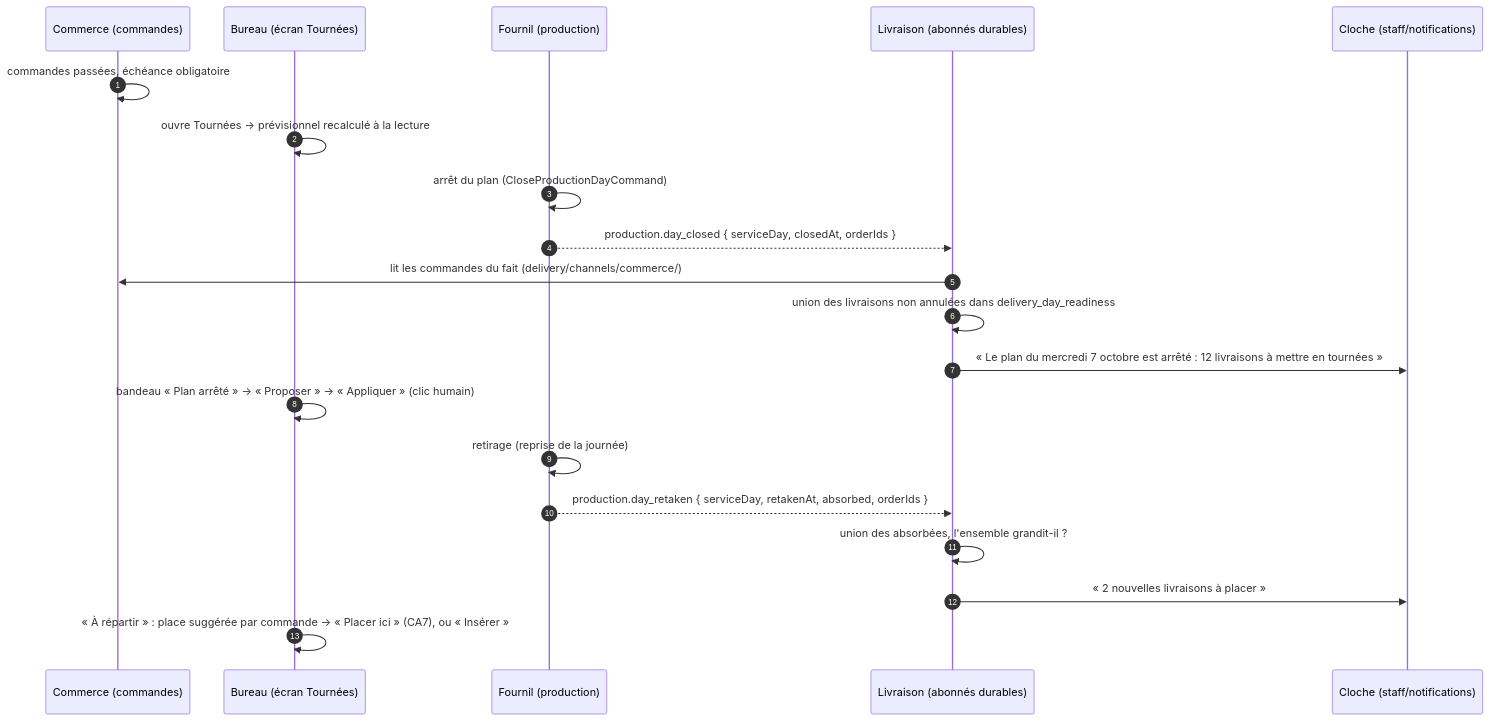
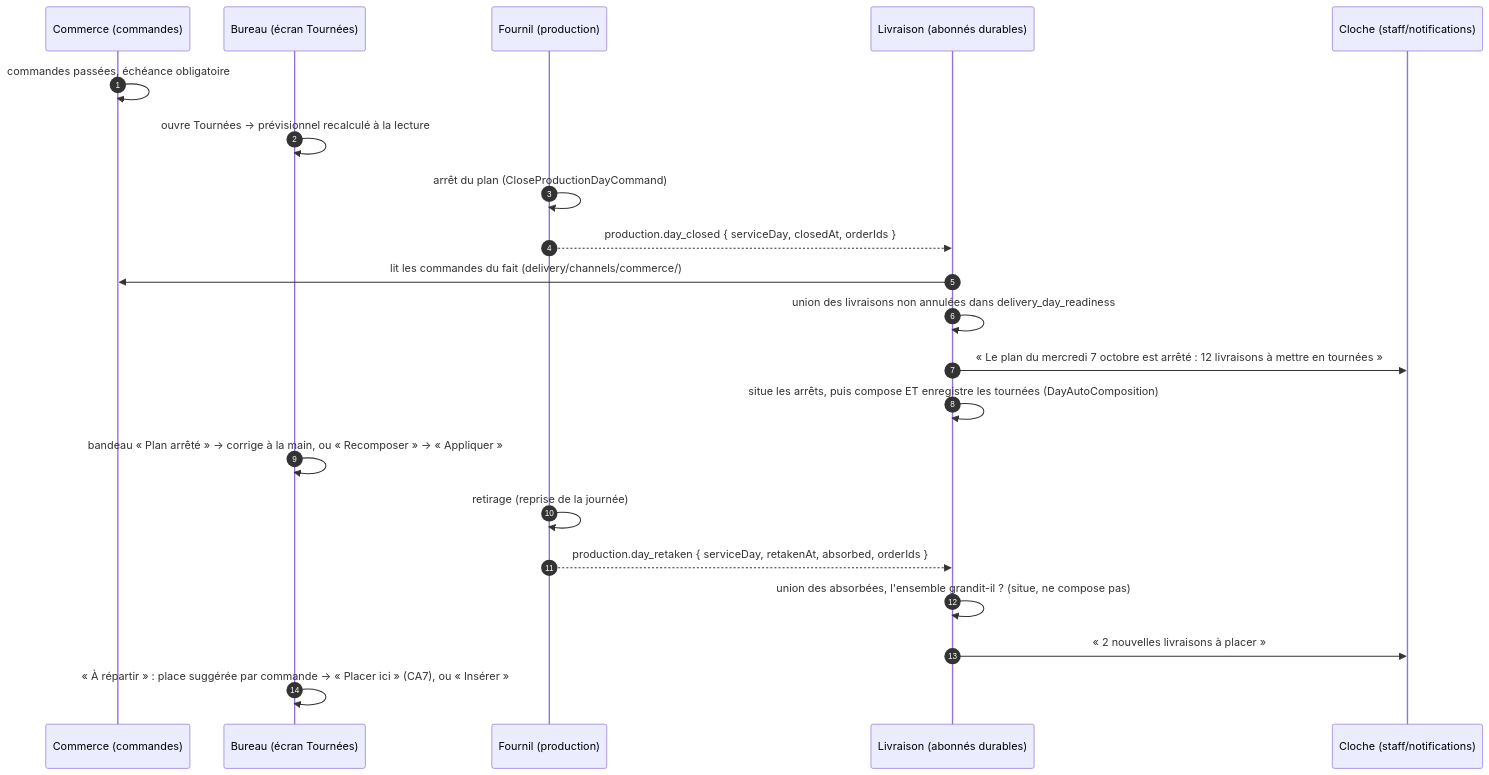
The first of 3 diagrams in documentation/livraisons/tournees/composition-automatique.md (hugoheynard/lfd), drawn with Mermaid before and after one commit. The commit also changed 11 other files, not shown here.

First line of the commit message:
docs(livraisons): les docs suivent la composition par secteurs ; deux docs remplacées supprimées

````diff
--- a/documentation/livraisons/tournees/composition-automatique.md
+++ b/documentation/livraisons/tournees/composition-automatique.md
@@ -74,23 +74,24 @@
 ```mermaid
 sequenceDiagram
     autonumber
     participant C as Commerce (commandes)
     participant B as Bureau (écran Tournées)
     participant P as Fournil (production)
     participant D as Livraison (abonnés durables)
     participant N as Cloche (staff/notifications)
 
     C->>C: commandes passées, échéance obligatoire
     B->>B: ouvre Tournées → prévisionnel recalculé à la lecture
     P->>P: arrêt du plan (CloseProductionDayCommand)
     P-->>D: production.day_closed { serviceDay, closedAt, orderIds }
     D->>C: lit les commandes du fait (delivery/channels/commerce/)
     D->>D: union des livraisons non annulées dans delivery_day_readiness
     D->>N: « Le plan du mercredi 7 octobre est arrêté : 12 livraisons à mettre en tournées »
-    B->>B: bandeau « Plan arrêté » → « Proposer » → « Appliquer » (clic humain)
+    D->>D: situe les arrêts, puis compose ET enregistre les tournées (DayAutoComposition)
+    B->>B: bandeau « Plan arrêté » → corrige à la main, ou « Recomposer » → « Appliquer »
     P->>P: retirage (reprise de la journée)
     P-->>D: production.day_retaken { serviceDay, retakenAt, absorbed, orderIds }
-    D->>D: union des absorbées, l'ensemble grandit-il ?
+    D->>D: union des absorbées, l'ensemble grandit-il ? (situe, ne compose pas)
     D->>N: « 2 nouvelles livraisons à placer »
     B->>B: « À répartir » : place suggérée par commande → « Placer ici » (CA7), ou « Insérer »
 ```
````
